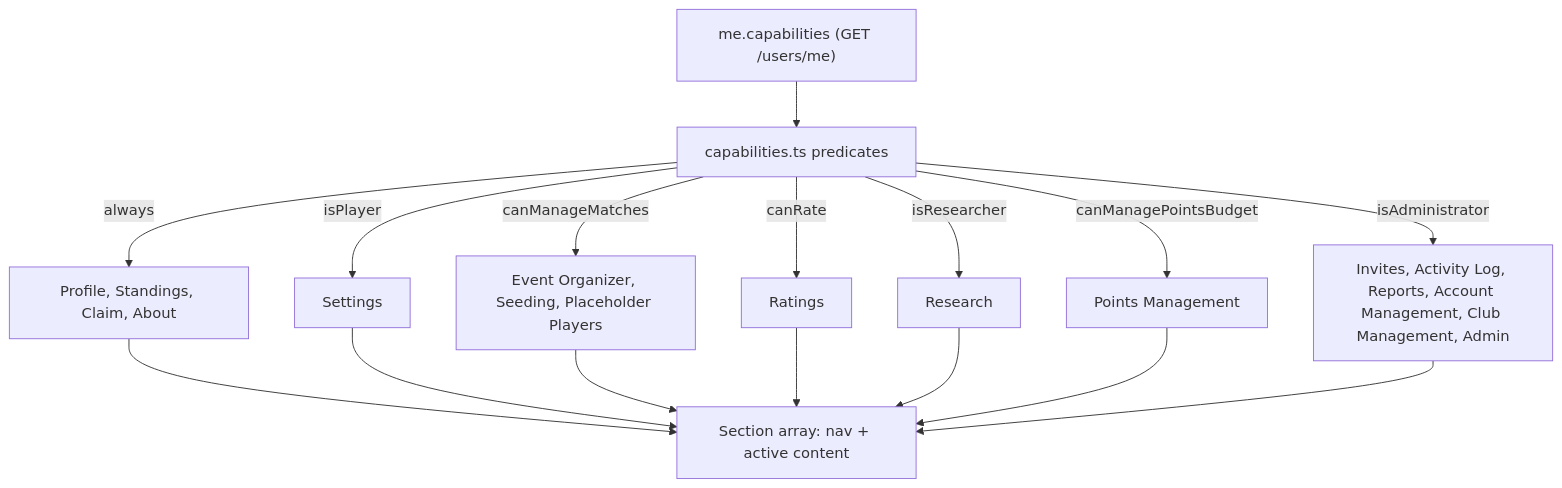
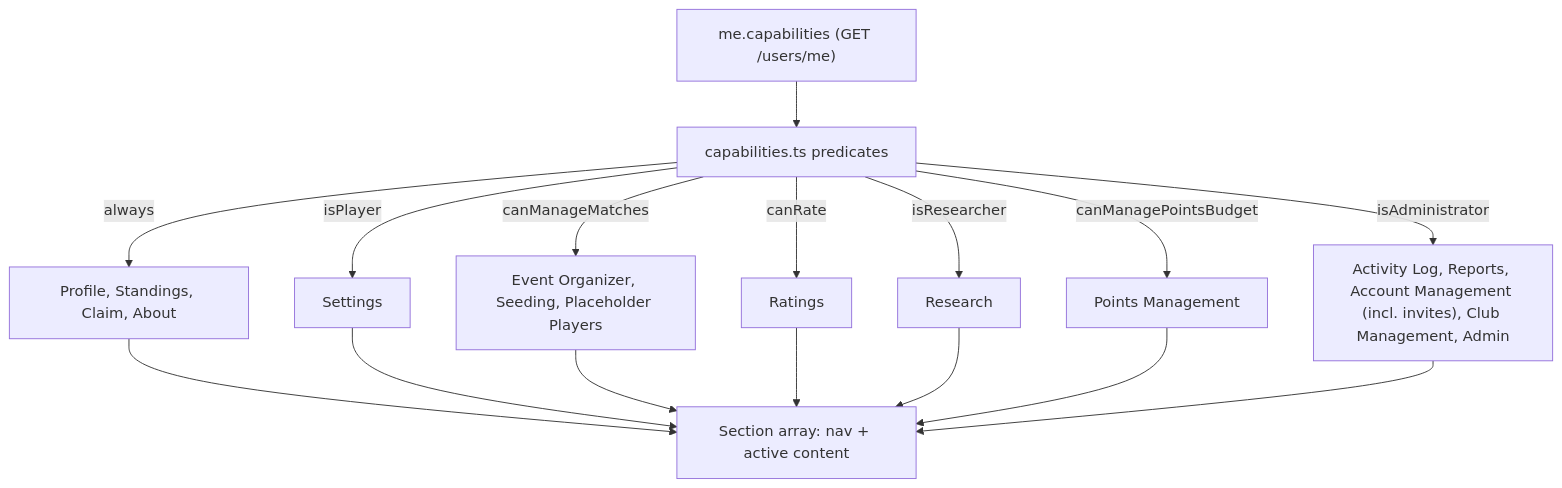
Before and after one commit to cybergrouch/skopeo: the fifth of 5 diagrams in docs/engineering/architecture/WEB_UI_ARCHITECTURE.md, drawn with Mermaid. The commit also changed other lines of this file and 7 other files, not shown here.

First line of the commit message:
feat(web): move Invites into the Account Management tab, remove Invites tab (#725)

````diff
--- a/docs/engineering/architecture/WEB_UI_ARCHITECTURE.md
+++ b/docs/engineering/architecture/WEB_UI_ARCHITECTURE.md
@@ -264,18 +263,18 @@
 ```mermaid
 flowchart TD
     Me["me.capabilities (GET /users/me)"] --> Pred["capabilities.ts predicates"]
     Pred -->|always| Always["Profile, Standings, Claim, About"]
     Pred -->|isPlayer| Settings[Settings]
     Pred -->|canManageMatches| Org["Event Organizer, Seeding, Placeholder Players"]
     Pred -->|canRate| Ratings[Ratings]
     Pred -->|isResearcher| Research[Research]
     Pred -->|canManagePointsBudget| Points[Points Management]
-    Pred -->|isAdministrator| Adm["Invites, Activity Log, Reports, Account Management, Club Management, Admin"]
+    Pred -->|isAdministrator| Adm["Activity Log, Reports, Account Management (incl. invites), Club Management, Admin"]
     Always --> Sec["Section array: nav + active content"]
     Settings --> Sec
     Org --> Sec
     Ratings --> Sec
     Research --> Sec
     Points --> Sec
     Adm --> Sec
 ```
````
